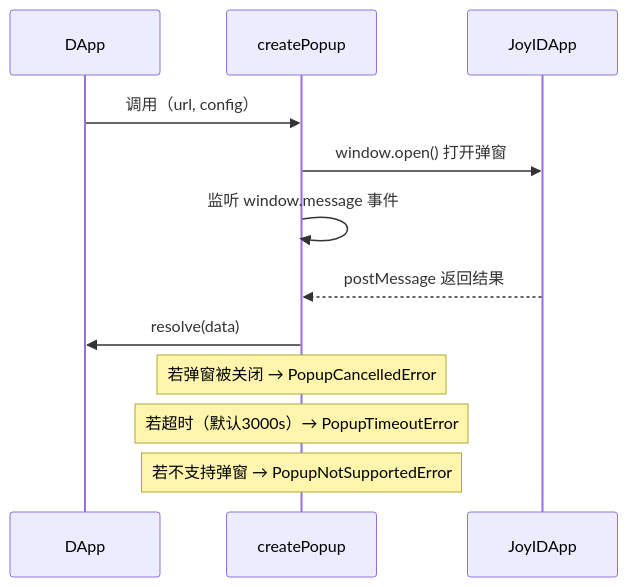
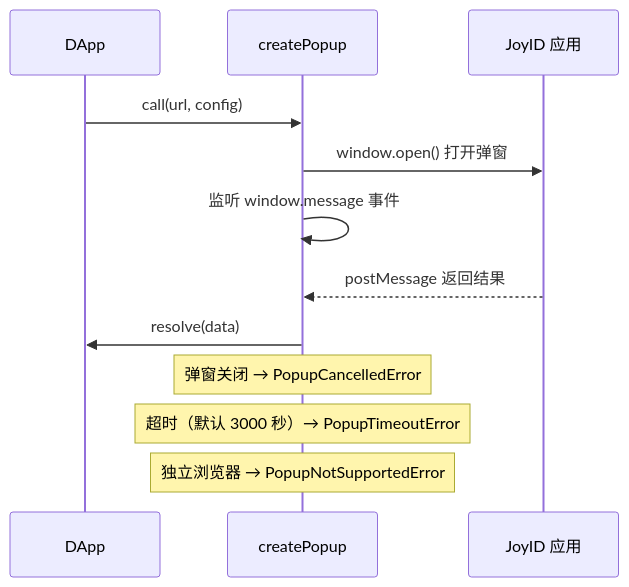
One commit to ckb-devrel/ccc changed the second of 2 diagrams in packages/ccc-docs/content/docs/packages/wallet-integrations/joy-id.zh.mdx. Above: the diagram before and after it, drawn with Mermaid. The commit also changed other lines of this file and 1 other file, not shown here.

````diff
--- a/packages/ccc-docs/content/docs/packages/wallet-integrations/joy-id.zh.mdx
+++ b/packages/ccc-docs/content/docs/packages/wallet-integrations/joy-id.zh.mdx
@@ -306,15 +301,15 @@
 ```mermaid
 sequenceDiagram
     participant DApp
     participant createPopup
-    participant JoyIDApp
+    participant JoyIDApp as JoyID 应用
 
-    DApp->>createPopup: 调用（url, config）
+    DApp->>createPopup: call(url, config)
     createPopup->>JoyIDApp: window.open() 打开弹窗
     createPopup->>createPopup: 监听 window.message 事件
     JoyIDApp-->>createPopup: postMessage 返回结果
     createPopup->>DApp: resolve(data)
-    Note over createPopup: 若弹窗被关闭 → PopupCancelledError
-    Note over createPopup: 若超时（默认3000s）→ PopupTimeoutError
-    Note over createPopup: 若不支持弹窗 → PopupNotSupportedError
+    Note over createPopup: 弹窗关闭 → PopupCancelledError
+    Note over createPopup: 超时（默认 3000 秒）→ PopupTimeoutError
+    Note over createPopup: 独立浏览器 → PopupNotSupportedError
 ```
````
